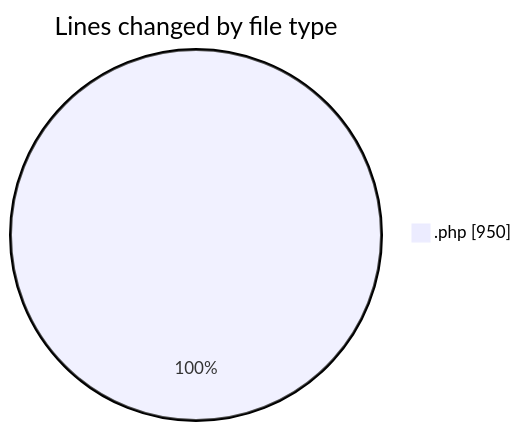
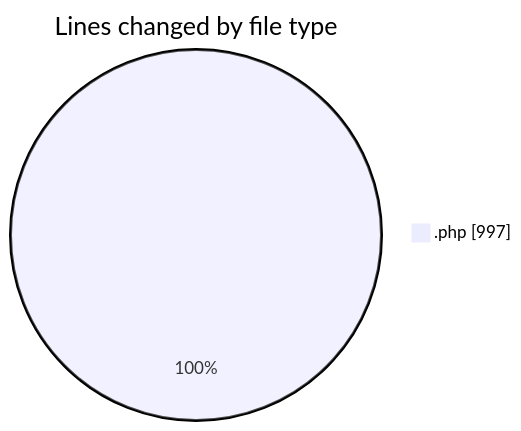
One commit to debugP/code-tracking changed the first of 2 diagrams in 2025-10-03/untitled__workspace_/README.md. Above: the diagram before and after it, drawn with Mermaid. The commit also changed other lines of this file and 1 other file, not shown here.

````diff
--- a/2025-10-03/untitled__workspace_/README.md
+++ b/2025-10-03/untitled__workspace_/README.md
@@ -20,5 +20,5 @@
 ```mermaid
 pie showData
 title Lines changed by file type
-".php" : 950
+".php" : 997
 ```
````
